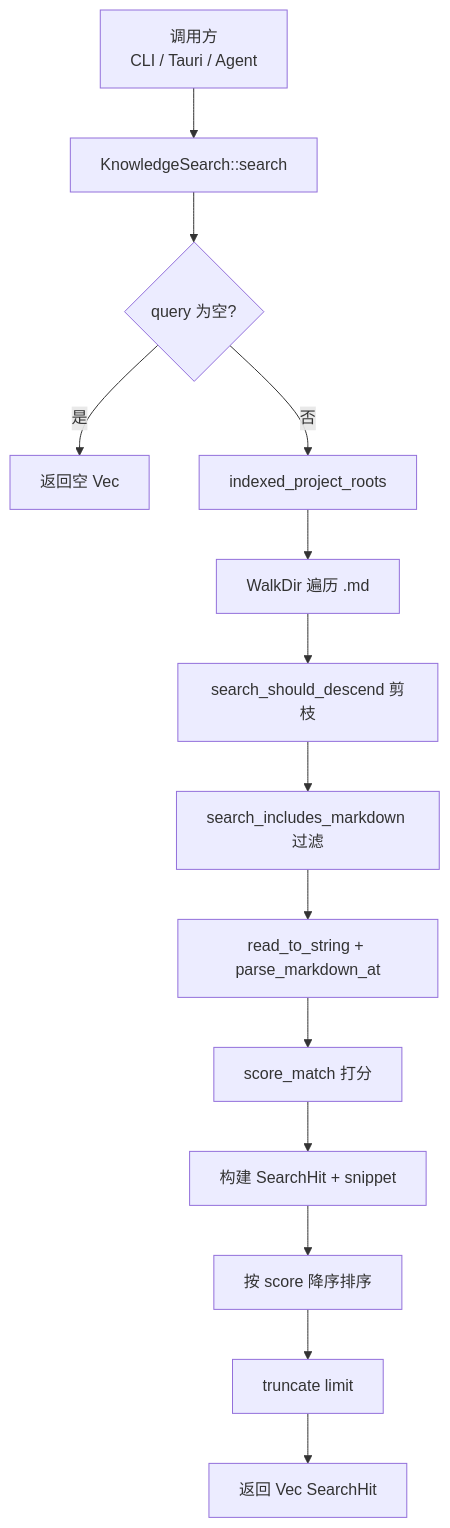
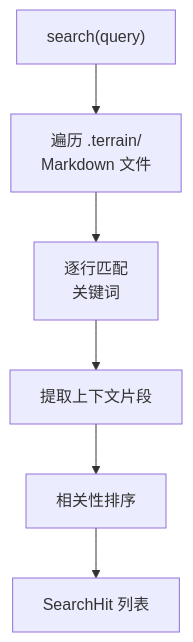
Before and after one commit to sopaco/terrain: the diagram in .terrain/human/4.Deep-Exploration/全文搜索.md, drawn with Mermaid. The commit also changed other lines of this file and 79 other files, not shown here.

````diff
--- a/.terrain/human/4.Deep-Exploration/全文搜索.md
+++ b/.terrain/human/4.Deep-Exploration/全文搜索.md
@@ -46,16 +31,8 @@
 ```mermaid
 flowchart TD
-    A["调用方<br/>CLI / Tauri / Agent"] --> B["KnowledgeSearch::search"]
-    B --> C{query 为空?}
-    C -->|是| Z["返回空 Vec"]
-    C -->|否| D["indexed_project_roots"]
-    D --> E["WalkDir 遍历 .md"]
-    E --> F["search_should_descend 剪枝"]
-    F --> G["search_includes_markdown 过滤"]
-    G --> H["read_to_string + parse_markdown_at"]
-    H --> I["score_match 打分"]
-    I --> J["构建 SearchHit + snippet"]
-    J --> K["按 score 降序排序"]
-    K --> L["truncate limit"]
-    L --> M["返回 Vec SearchHit"]
+    A["search(query)"] --> B["遍历 .terrain/<br/>Markdown 文件"]
+    B --> C["逐行匹配<br/>关键词"]
+    C --> D["提取上下文片段"]
+    D --> E["相关性排序"]
+    E --> F["SearchHit 列表"]
 ```
````
